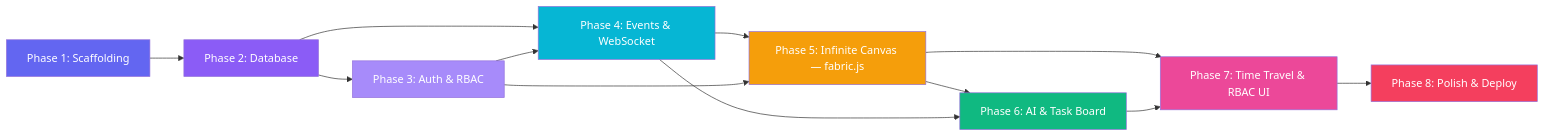
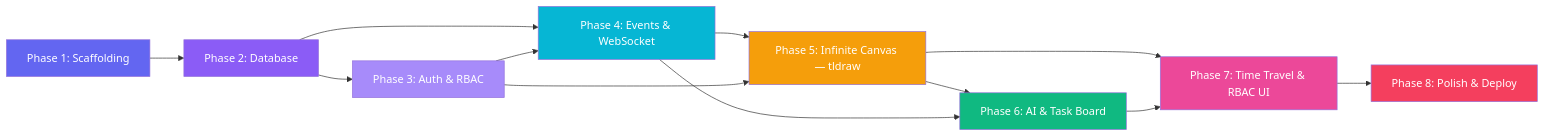
Before and after one commit to haniyashafiq/LIGMA: the diagram in implementation_plan_ligma_tasks.md, drawn with Mermaid. The commit also changed other lines of this file and 12 other files, not shown here.

````diff
--- a/implementation_plan_ligma_tasks.md
+++ b/implementation_plan_ligma_tasks.md
@@ -587,23 +593,23 @@
 ```mermaid
 graph LR
     P1[Phase 1: Scaffolding] --> P2[Phase 2: Database]
     P2 --> P3[Phase 3: Auth & RBAC]
     P2 --> P4[Phase 4: Events & WebSocket]
     P3 --> P4
-    P4 --> P5[Phase 5: Infinite Canvas — fabric.js]
+    P4 --> P5[Phase 5: Infinite Canvas — tldraw]
     P3 --> P5
     P5 --> P6[Phase 6: AI & Task Board]
     P4 --> P6
     P5 --> P7[Phase 7: Time Travel & RBAC UI]
     P6 --> P7
     P7 --> P8[Phase 8: Polish & Deploy]
 
     style P1 fill:#6366f1,color:#fff
     style P2 fill:#8b5cf6,color:#fff
     style P3 fill:#a78bfa,color:#fff
     style P4 fill:#06b6d4,color:#fff
     style P5 fill:#f59e0b,color:#fff
     style P6 fill:#10b981,color:#fff
     style P7 fill:#ec4899,color:#fff
     style P8 fill:#f43f5e,color:#fff
 ```
````
